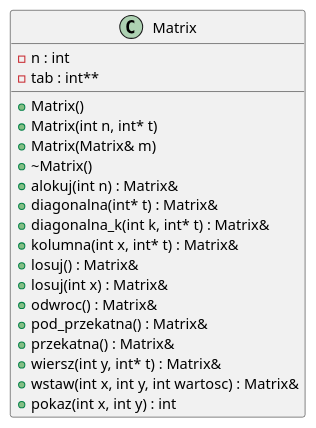
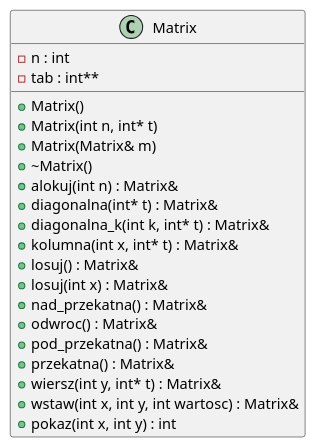
The diagram in inline_umlgraph_pnghtml.pu (kluchoo/Matrix), drawn with PlantUML before and after one commit. The commit also changed 16 other files, not shown here.

```diff
--- a/inline_umlgraph_pnghtml.pu
+++ b/inline_umlgraph_pnghtml.pu
@@ -1,23 +1,24 @@
 @startuml inline_umlgraph_1.png
 class Matrix {
 -n : int
 -tab : int**
 +Matrix()
 +Matrix(int n, int* t)
 +Matrix(Matrix& m)
 +~Matrix()
 +alokuj(int n) : Matrix&
 +diagonalna(int* t) : Matrix&
 +diagonalna_k(int k, int* t) : Matrix&
 +kolumna(int x, int* t) : Matrix&
 +losuj() : Matrix&
 +losuj(int x) : Matrix&
++nad_przekatna() : Matrix&
 +odwroc() : Matrix&
 +pod_przekatna() : Matrix&
 +przekatna() : Matrix&
 +wiersz(int y, int* t) : Matrix&
 +wstaw(int x, int y, int wartosc) : Matrix&
 +pokaz(int x, int y) : int
 
 }
 @enduml
```
